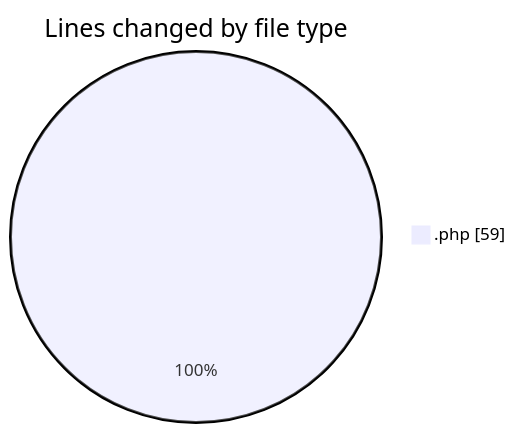
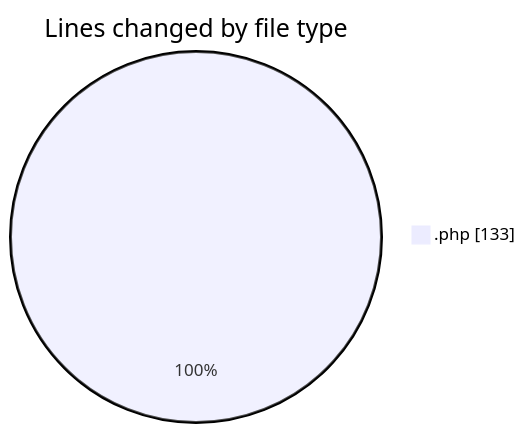
The first of 2 diagrams in 2025-05-14/web/README.md (LanceThiago/code-tracking), drawn with Mermaid before and after one commit. The commit also changed other lines of this file and 1 other file, not shown here.

````diff
--- a/2025-05-14/web/README.md
+++ b/2025-05-14/web/README.md
@@ -20,5 +20,5 @@
 ```mermaid
 pie showData
 title Lines changed by file type
-".php" : 59
+".php" : 133
 ```
````
